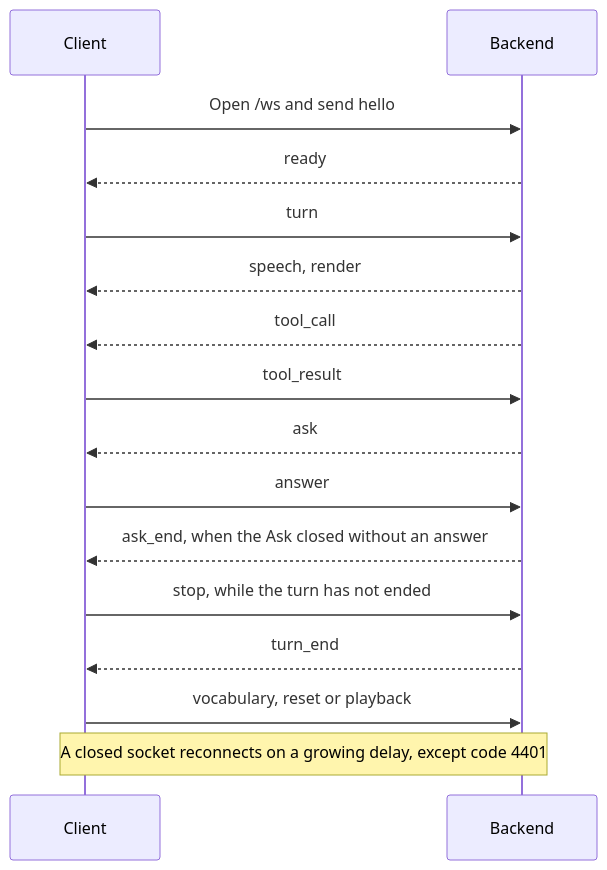
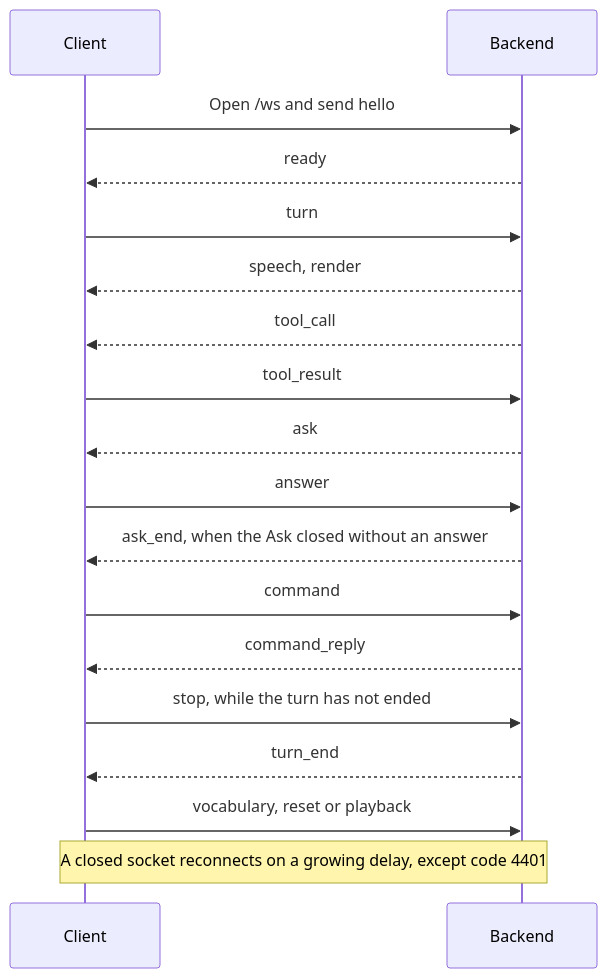
One commit to yw0nam/YUI changed the diagram in docs/reference/push-transport.md. Above: the diagram before and after it, drawn with Mermaid. The commit also changed other lines of this file and 1 other file, not shown here.

````diff
--- a/docs/reference/push-transport.md
+++ b/docs/reference/push-transport.md
@@ -8,18 +8,20 @@
 ```mermaid
 sequenceDiagram
   participant C as Client
   participant B as Backend
   C->>B: Open /ws and send hello
   B-->>C: ready
   C->>B: turn
   B-->>C: speech, render
   B-->>C: tool_call
   C->>B: tool_result
   B-->>C: ask
   C->>B: answer
   B-->>C: ask_end, when the Ask closed without an answer
+  C->>B: command
+  B-->>C: command_reply
   C->>B: stop, while the turn has not ended
   B-->>C: turn_end
   C->>B: vocabulary, reset or playback
   Note over C,B: A closed socket reconnects on a growing delay, except code 4401
 ```
````
